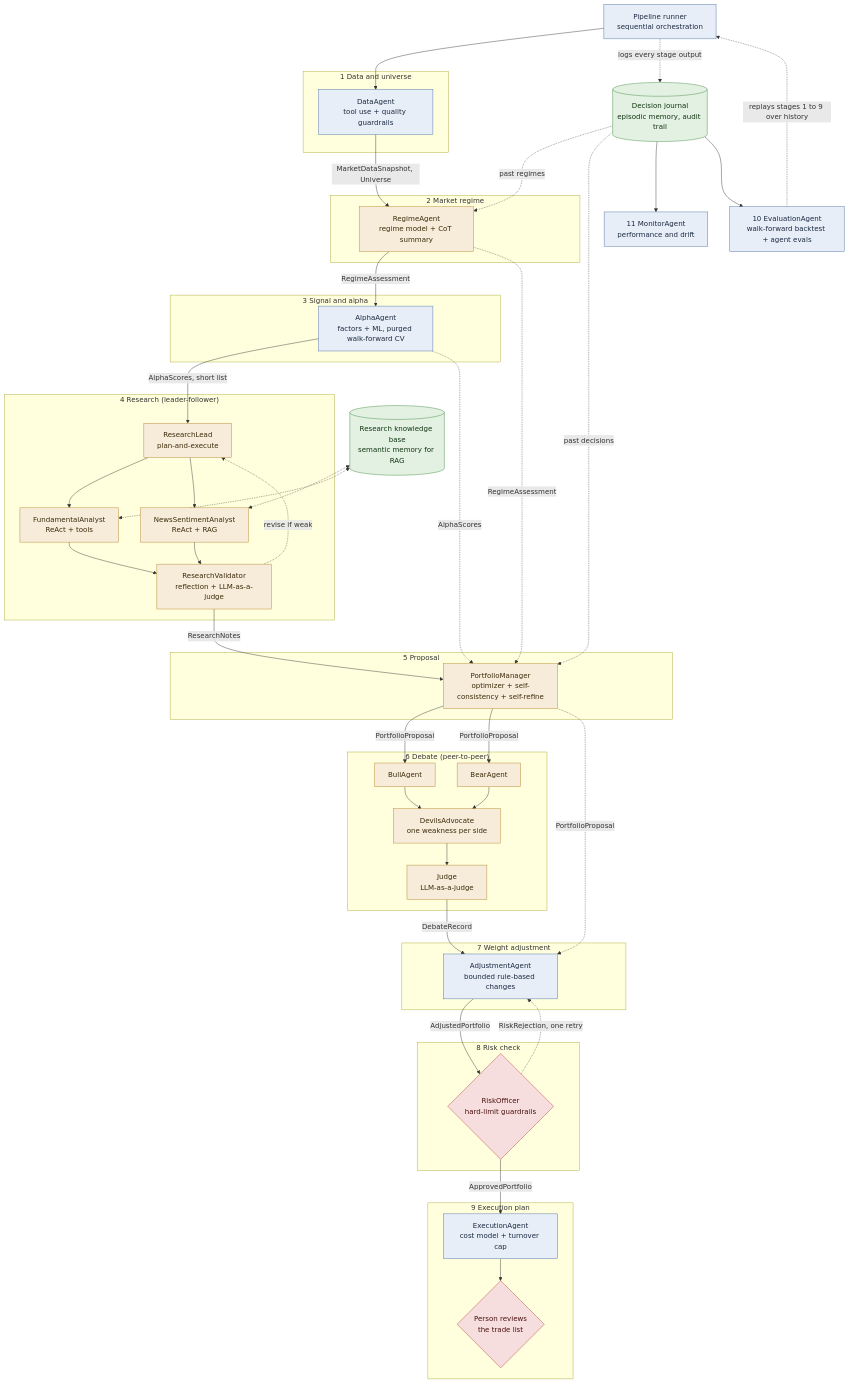
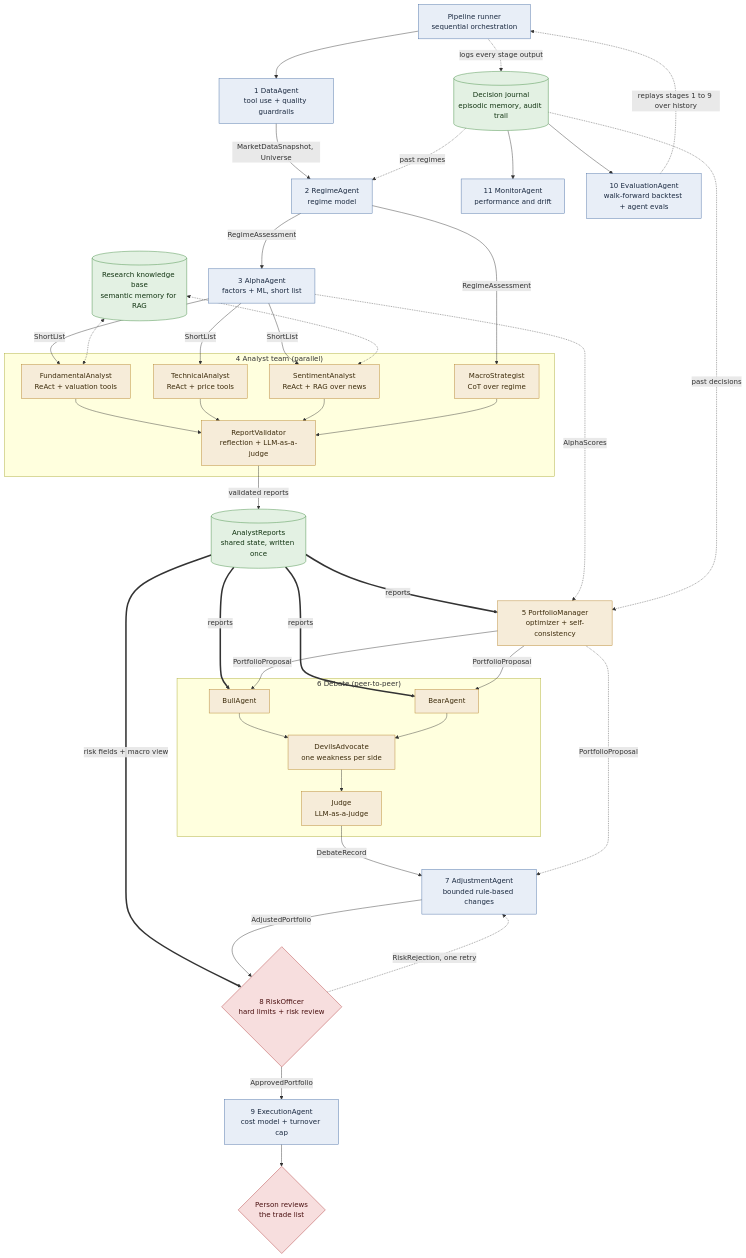
One commit to millfan/sgc changed the diagram in PLAN.md. Above: the diagram before and after it, drawn with Mermaid. The commit also changed other lines of this file and 1 other file, not shown here.

First line of the commit message:
Restructure research into a four-analyst team with shared reports

```diff
--- a/PLAN.md
+++ b/PLAN.md
@@ -81,33 +117,25 @@
 
     RUN["Pipeline runner<br/>sequential orchestration"]:::code
 
-    subgraph S1["1 Data and universe"]
-        DATA["DataAgent<br/>tool use + quality guardrails"]:::code
+    DATA["1 DataAgent<br/>tool use + quality guardrails"]:::code
+    REG["2 RegimeAgent<br/>regime model"]:::code
+    ALPHA["3 AlphaAgent<br/>factors + ML, short list"]:::code
+
+    subgraph S4["4 Analyst team (parallel)"]
+        FUND["FundamentalAnalyst<br/>ReAct + valuation tools"]:::llm
+        TECH["TechnicalAnalyst<br/>ReAct + price tools"]:::llm
+        SENT["SentimentAnalyst<br/>ReAct + RAG over news"]:::llm
+        MACRO["MacroStrategist<br/>CoT over regime"]:::llm
+        VAL["ReportValidator<br/>reflection + LLM-as-a-judge"]:::llm
+        FUND --> VAL
+        TECH --> VAL
+        SENT --> VAL
+        MACRO --> VAL
     end
 
-    subgraph S2["2 Market regime"]
-        REG["RegimeAgent<br/>regime model + CoT summary"]:::llm
-    end
+    REPORTS[("AnalystReports<br/>shared state, written once")]:::store
 
-    subgraph S3["3 Signal and alpha"]
-        ALPHA["AlphaAgent<br/>factors + ML, purged walk-forward CV"]:::code
-    end
-
-    subgraph S4["4 Research (leader-follower)"]
-        LEAD["ResearchLead<br/>plan-and-execute"]:::llm
-        FUND["FundamentalAnalyst<br/>ReAct + tools"]:::llm
-        NEWS["NewsSentimentAnalyst<br/>ReAct + RAG"]:::llm
-        VAL["ResearchValidator<br/>reflection + LLM-as-a-judge"]:::llm
-        LEAD --> FUND
-        LEAD --> NEWS
-        FUND --> VAL
-        NEWS --> VAL
-        VAL -. "revise if weak" .-> LEAD
-    end
-
-    subgraph S5["5 Proposal"]
-        PM["PortfolioManager<br/>optimizer + self-consistency + self-refine"]:::llm
-    end
+    PM["5 PortfolioManager<br/>optimizer + self-consistency"]:::llm
 
     subgraph S6["6 Debate (peer-to-peer)"]
         BULL["BullAgent"]:::llm
@@ -119,19 +147,10 @@
         DEV --> JUDGE
     end
 
-    subgraph S7["7 Weight adjustment"]
-        ADJ["AdjustmentAgent<br/>bounded rule-based changes"]:::code
-    end
-
-    subgraph S8["8 Risk check"]
-        RISK{"RiskOfficer<br/>hard-limit guardrails"}:::gate
-    end
-
-    subgraph S9["9 Execution plan"]
-        EXEC["ExecutionAgent<br/>cost model + turnover cap"]:::code
-        HUMAN{"Person reviews<br/>the trade list"}:::gate
-        EXEC --> HUMAN
-    end
+    ADJ["7 AdjustmentAgent<br/>bounded rule-based changes"]:::code
+    RISK{"8 RiskOfficer<br/>hard limits + risk review"}:::gate
+    EXEC["9 ExecutionAgent<br/>cost model + turnover cap"]:::code
+    HUMAN{"Person reviews<br/>the trade list"}:::gate
 
     JOURNAL[("Decision journal<br/>episodic memory, audit trail")]:::store
     KB[("Research knowledge base<br/>semantic memory for RAG")]:::store
@@ -141,10 +160,18 @@
     RUN --> DATA
     DATA -- "MarketDataSnapshot, Universe" --> REG
     REG -- "RegimeAssessment" --> ALPHA
-    ALPHA -- "AlphaScores, short list" --> LEAD
-    VAL -- "ResearchNotes" --> PM
-    REG -. "RegimeAssessment" .-> PM
+    ALPHA -- "ShortList" --> FUND
+    ALPHA -- "ShortList" --> TECH
+    ALPHA -- "ShortList" --> SENT
+    REG -- "RegimeAssessment" --> MACRO
+    VAL -- "validated reports" --> REPORTS
+
+    REPORTS == "reports" ==> PM
+    REPORTS == "reports" ==> BULL
+    REPORTS == "reports" ==> BEAR
+    REPORTS == "risk fields + macro view" ==> RISK
     ALPHA -. "AlphaScores" .-> PM
+
     PM -- "PortfolioProposal" --> BULL
     PM -- "PortfolioProposal" --> BEAR
     JUDGE -- "DebateRecord" --> ADJ
@@ -152,9 +179,10 @@
     ADJ -- "AdjustedPortfolio" --> RISK
     RISK -- "ApprovedPortfolio" --> EXEC
     RISK -. "RiskRejection, one retry" .-> ADJ
+    EXEC --> HUMAN
 
-    KB <-.-> NEWS
     KB <-.-> FUND
+    KB <-.-> SENT
     JOURNAL -. "past regimes" .-> REG
     JOURNAL -. "past decisions" .-> PM
     RUN -. "logs every stage output" .-> JOURNAL
```
